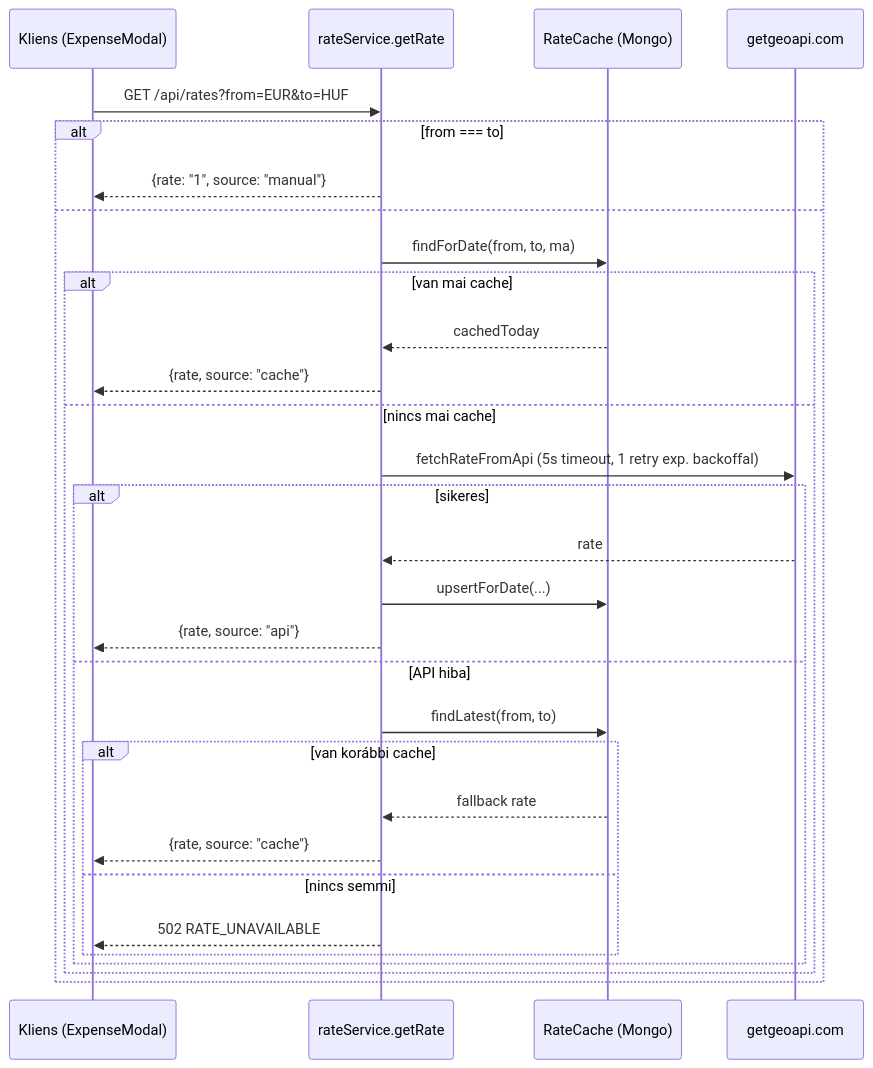
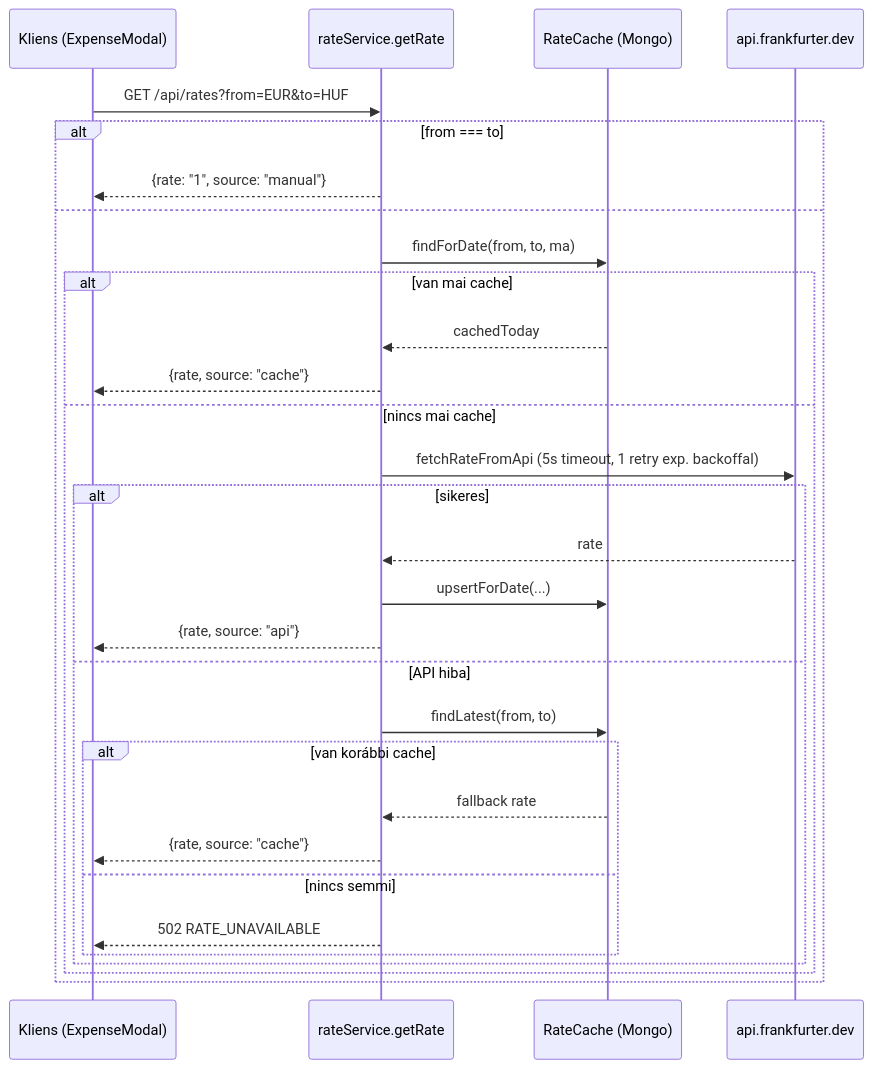
The fourth of 4 diagrams in docs/ARCHITECTURE.md (SunyiUborka/penny), drawn with Mermaid before and after one commit. The commit also changed other lines of this file and 7 other files, not shown here.

Commit message:
feat(api): árfolyam-lekérés Frankfurter v2-re állítása

````diff
--- a/docs/ARCHITECTURE.md
+++ b/docs/ARCHITECTURE.md
@@ -342,33 +345,33 @@
 ```mermaid
 sequenceDiagram
     participant C as Kliens (ExpenseModal)
     participant R as rateService.getRate
     participant Cache as RateCache (Mongo)
-    participant Ext as getgeoapi.com
+    participant Ext as api.frankfurter.dev
 
     C->>R: GET /api/rates?from=EUR&to=HUF
     alt from === to
         R-->>C: {rate: "1", source: "manual"}
     else
         R->>Cache: findForDate(from, to, ma)
         alt van mai cache
             Cache-->>R: cachedToday
             R-->>C: {rate, source: "cache"}
         else nincs mai cache
             R->>Ext: fetchRateFromApi (5s timeout, 1 retry exp. backoffal)
             alt sikeres
                 Ext-->>R: rate
                 R->>Cache: upsertForDate(...)
                 R-->>C: {rate, source: "api"}
             else API hiba
                 R->>Cache: findLatest(from, to)
                 alt van korábbi cache
                     Cache-->>R: fallback rate
                     R-->>C: {rate, source: "cache"}
                 else nincs semmi
                     R-->>C: 502 RATE_UNAVAILABLE
                 end
             end
         end
     end
 ```
````
